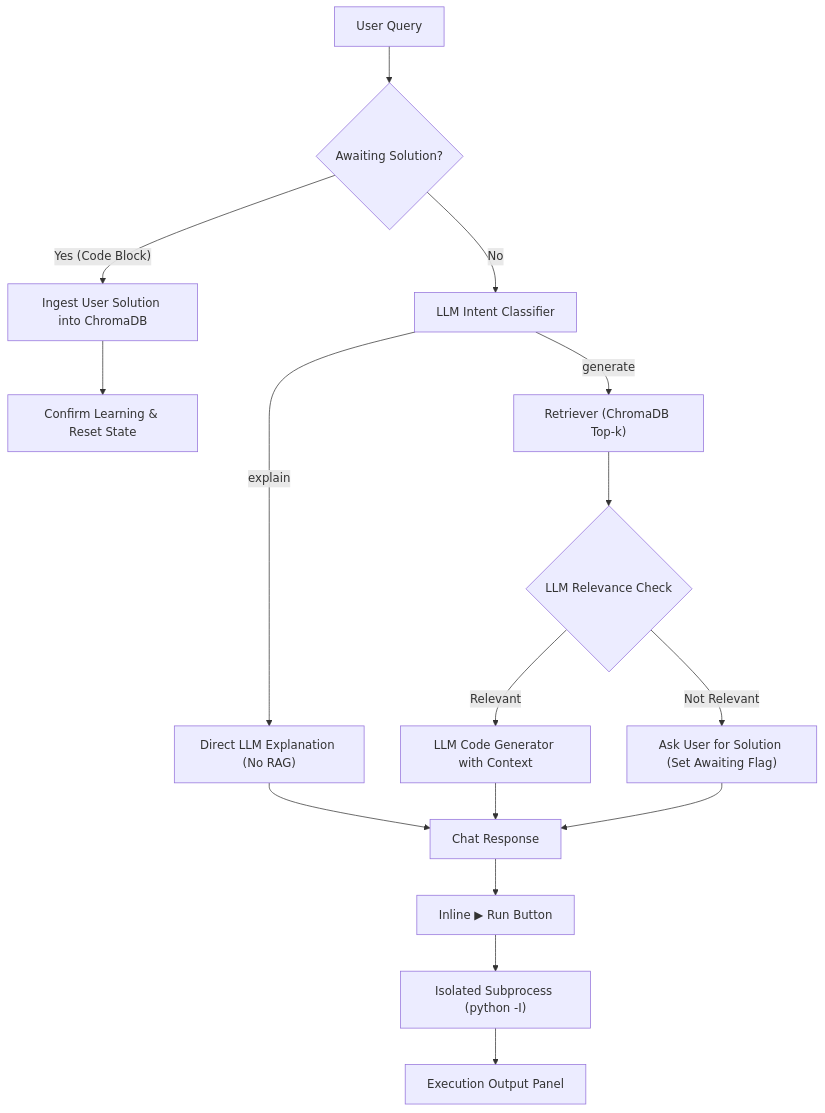
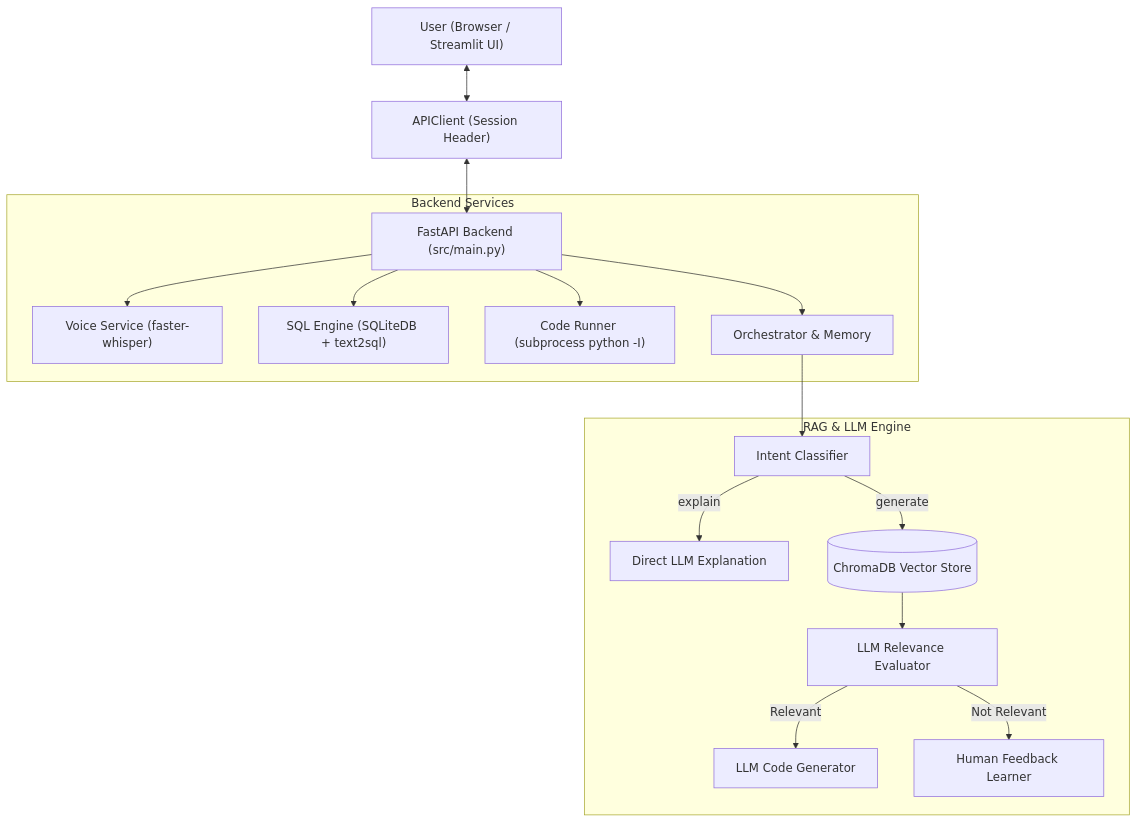
One commit to Hamza-Eldefrawy/I-Code changed the diagram in README.md. Above: the diagram before and after it, drawn with Mermaid. The commit also changed other lines of this file and 10 other files, not shown here.

````diff
--- a/README.md
+++ b/README.md
@@ -22,24 +50,21 @@
 ```mermaid
 flowchart TD
-    User["User Query"] --> Route{"Awaiting Solution?"}
+    User["User (Browser / Streamlit UI)"] <--> APIClient["APIClient (Session Header)"]
+    APIClient <--> FastAPI["FastAPI Backend (src/main.py)"]
 
-    Route -- "Yes (Code Block)" --> Feedback["Ingest User Solution into ChromaDB"]
-    Feedback --> Done["Confirm Learning & Reset State"]
+    subgraph Backend_Services ["Backend Services"]
+        FastAPI --> VoiceService["Voice Service (faster-whisper)"]
+        FastAPI --> SQLService["SQL Engine (SQLiteDB + text2sql)"]
+        FastAPI --> CodeRunner["Code Runner (subprocess python -I)"]
+        FastAPI --> Orchestrator["Orchestrator & Memory"]
+    end
 
-    Route -- "No" --> Classifier["LLM Intent Classifier"]
-
-    Classifier -- "explain" --> Explain["Direct LLM Explanation (No RAG)"]
-    Classifier -- "generate" --> Retriever["Retriever (ChromaDB Top-k)"]
-
-    Retriever --> Evaluator{"LLM Relevance Check"}
-    Evaluator -- "Relevant" --> Generator["LLM Code Generator with Context"]
-    Evaluator -- "Not Relevant" --> AskUser["Ask User for Solution (Set Awaiting Flag)"]
-
-    Explain --> Response["Chat Response"]
-    Generator --> Response
-    AskUser --> Response
-
-    Response --> RunCode["Inline ▶ Run Button"]
-    RunCode --> Subprocess["Isolated Subprocess (python -I)"]
-    Subprocess --> SidePanel["Execution Output Panel"]
+    subgraph LLM_RAG ["RAG & LLM Engine"]
+        Orchestrator --> Classifier["Intent Classifier"]
+        Classifier -- "explain" --> ExplainLLM["Direct LLM Explanation"]
+        Classifier -- "generate" --> ChromaDB[("ChromaDB Vector Store")]
+        ChromaDB --> Evaluator["LLM Relevance Evaluator"]
+        Evaluator -- "Relevant" --> Generator["LLM Code Generator"]
+        Evaluator -- "Not Relevant" --> Feedback["Human Feedback Learner"]
+    end
 ```
````
